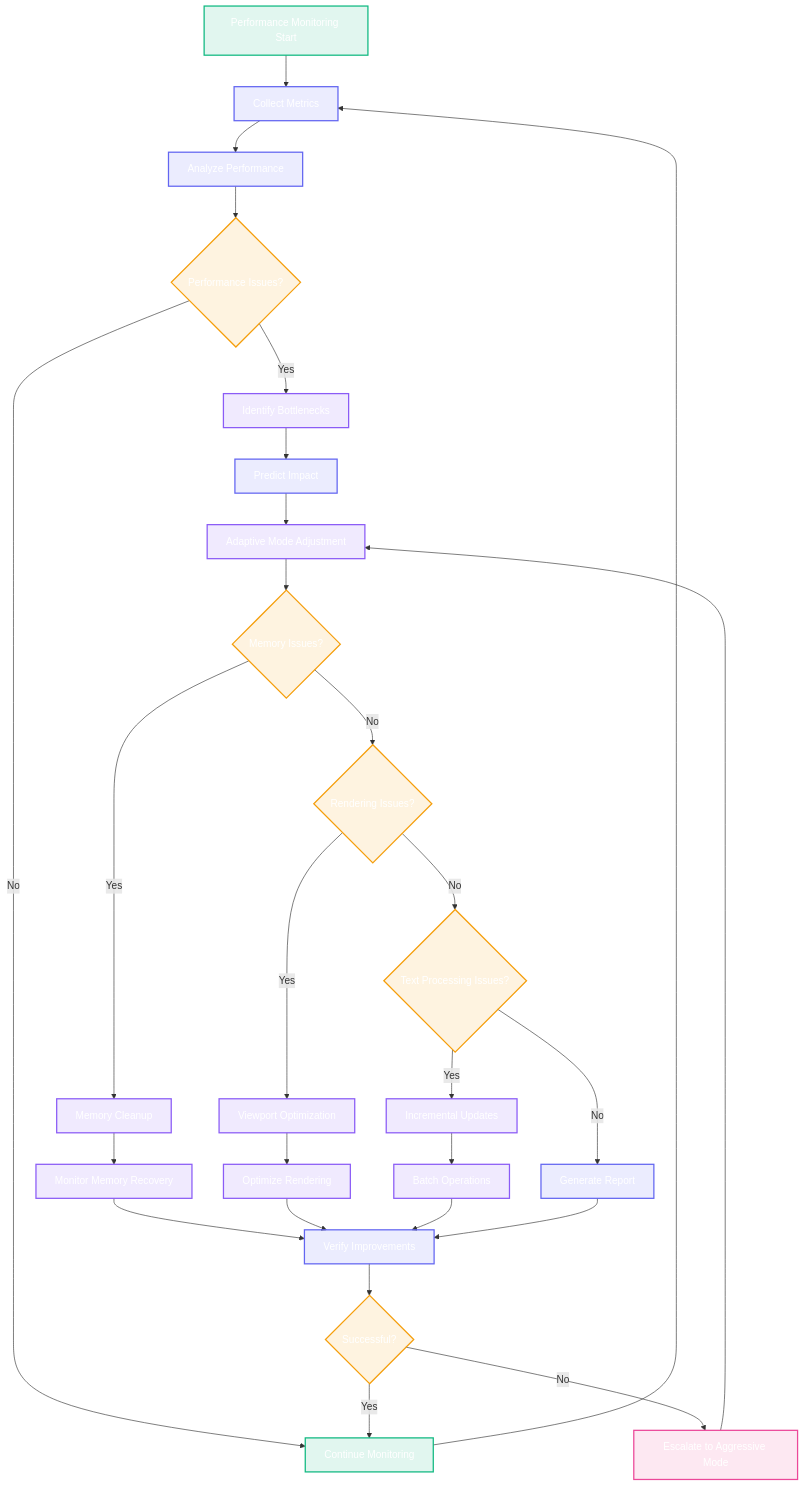
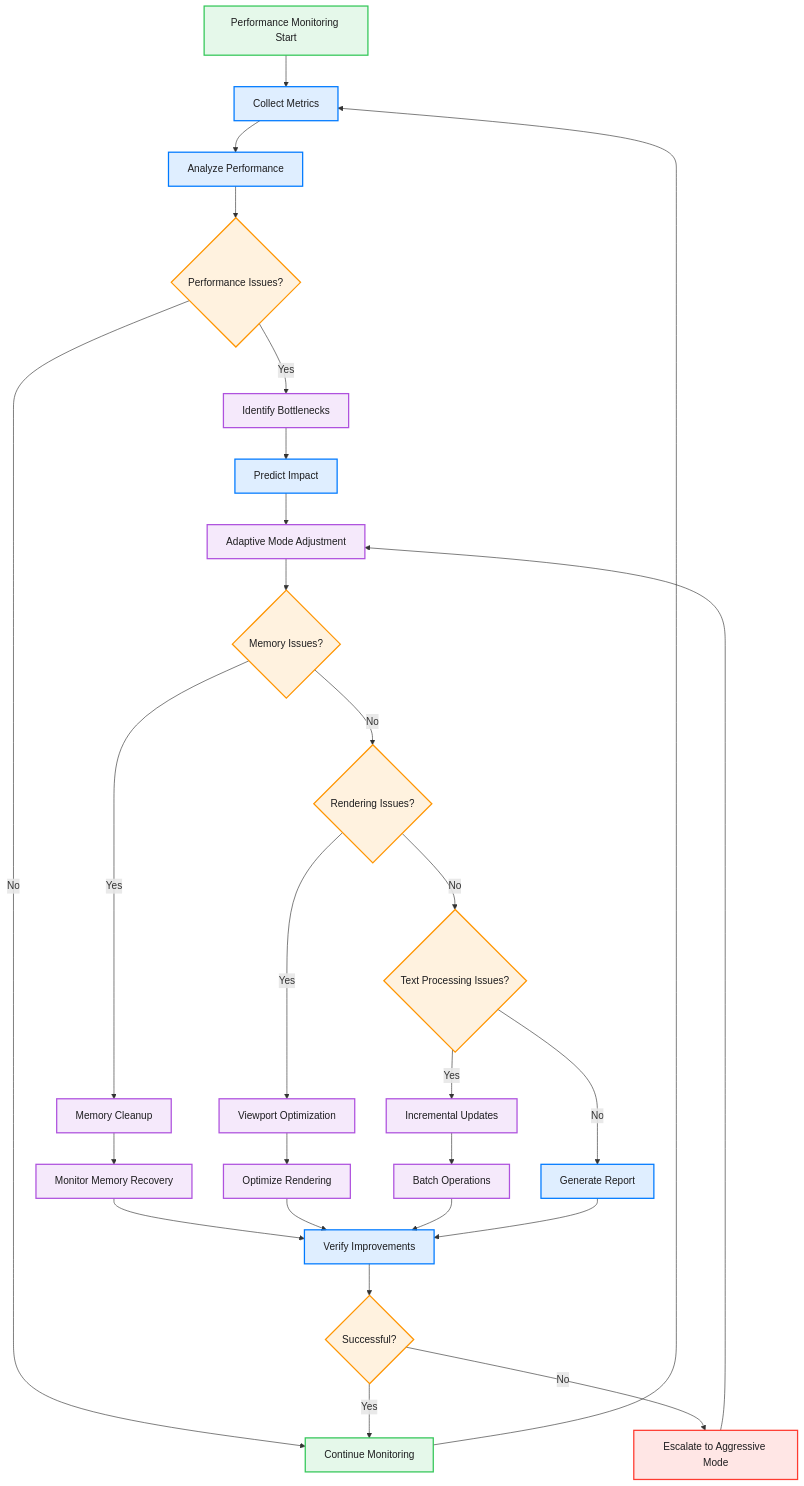
Before and after one commit to ajmcclary/CodeEditorKit: the second of 2 diagrams in Diagrams/13-performance-monitoring-system.md, drawn with Mermaid. The commit also changed other lines of this file and 25 other files, not shown here.

First line of the commit message:
Refactor diagram color schemes for dark mode compatibility and semantic clarity

````diff
--- a/Diagrams/13-performance-monitoring-system.md
+++ b/Diagrams/13-performance-monitoring-system.md
@@ -282,67 +282,67 @@
 ```mermaid
 flowchart TD
     START[Performance Monitoring Start] --> COLLECT[Collect Metrics]
     COLLECT --> ANALYZE[Analyze Performance]
     
     ANALYZE --> CHECK{Performance Issues?}
     CHECK -->|No| CONTINUE[Continue Monitoring]
     CHECK -->|Yes| IDENTIFY[Identify Bottlenecks]
     
     IDENTIFY --> PREDICT[Predict Impact]
     PREDICT --> ADAPT[Adaptive Mode Adjustment]
     
     ADAPT --> MEMORY{Memory Issues?}
     MEMORY -->|Yes| CLEANUP[Memory Cleanup]
     MEMORY -->|No| RENDERING{Rendering Issues?}
     
     RENDERING -->|Yes| VIEWPORT[Viewport Optimization]
     RENDERING -->|No| TEXT{Text Processing Issues?}
     
     TEXT -->|Yes| INCREMENTAL[Incremental Updates]
     TEXT -->|No| REPORT[Generate Report]
     
     CLEANUP --> MONITOR_MEM[Monitor Memory Recovery]
     VIEWPORT --> OPTIMIZE_RENDER[Optimize Rendering]
     INCREMENTAL --> BATCH[Batch Operations]
     
     MONITOR_MEM --> VERIFY[Verify Improvements]
     OPTIMIZE_RENDER --> VERIFY
     BATCH --> VERIFY
     REPORT --> VERIFY
     
     VERIFY --> SUCCESS{Successful?}
     SUCCESS -->|Yes| CONTINUE
     SUCCESS -->|No| ESCALATE[Escalate to Aggressive Mode]
     
     ESCALATE --> ADAPT
     CONTINUE --> COLLECT
 
     %% Styling - Dark mode friendly colors
-    classDef start fill:#10b98120,stroke:#10b981,stroke-width:2px,color:#fff
-    classDef process fill:#6366f120,stroke:#6366f1,stroke-width:2px,color:#fff
-    classDef decision fill:#f59e0b20,stroke:#f59e0b,stroke-width:2px,color:#fff
-    classDef action fill:#8b5cf620,stroke:#8b5cf6,stroke-width:2px,color:#fff
-    classDef endNode fill:#ec489920,stroke:#ec4899,stroke-width:2px,color:#fff
+    classDef start fill:#34C75920,stroke:#34C759,stroke-width:2px,color:#1D1D1F
+    classDef process fill:#007AFF20,stroke:#007AFF,stroke-width:2px,color:#1D1D1F
+    classDef decision fill:#FF950020,stroke:#FF9500,stroke-width:2px,color:#1D1D1F
+    classDef action fill:#AF52DE20,stroke:#AF52DE,stroke-width:2px,color:#1D1D1F
+    classDef endNode fill:#FF3B3020,stroke:#FF3B30,stroke-width:2px,color:#1D1D1F
     
     class START start
     class CONTINUE start
     class COLLECT process
     class ANALYZE process
     class PREDICT process
     class REPORT process
     class VERIFY process
     class CHECK decision
     class MEMORY decision
     class RENDERING decision
     class TEXT decision
     class SUCCESS decision
     class IDENTIFY action
     class ADAPT action
     class CLEANUP action
     class VIEWPORT action
     class INCREMENTAL action
     class MONITOR_MEM action
     class OPTIMIZE_RENDER action
     class BATCH action
     class ESCALATE endNode
 ```
````
